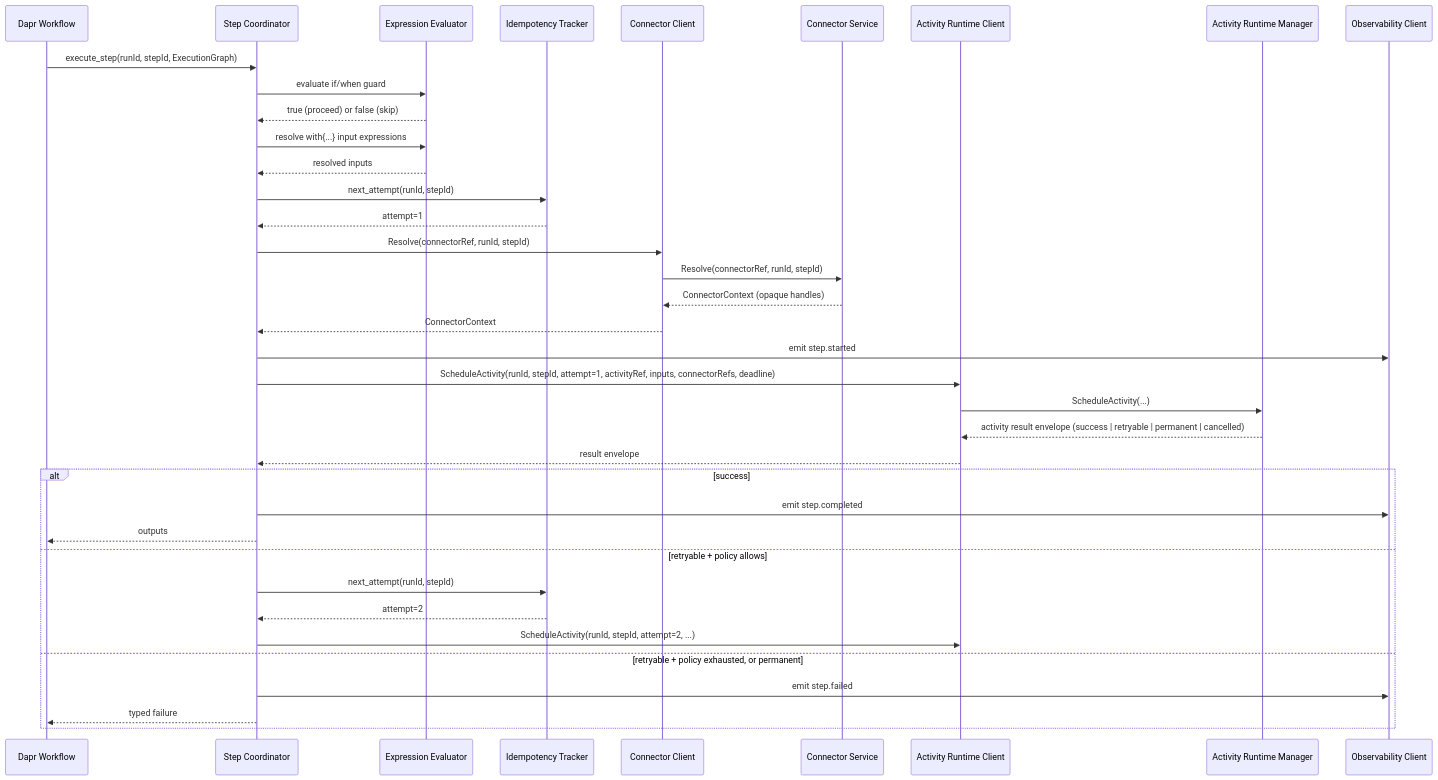
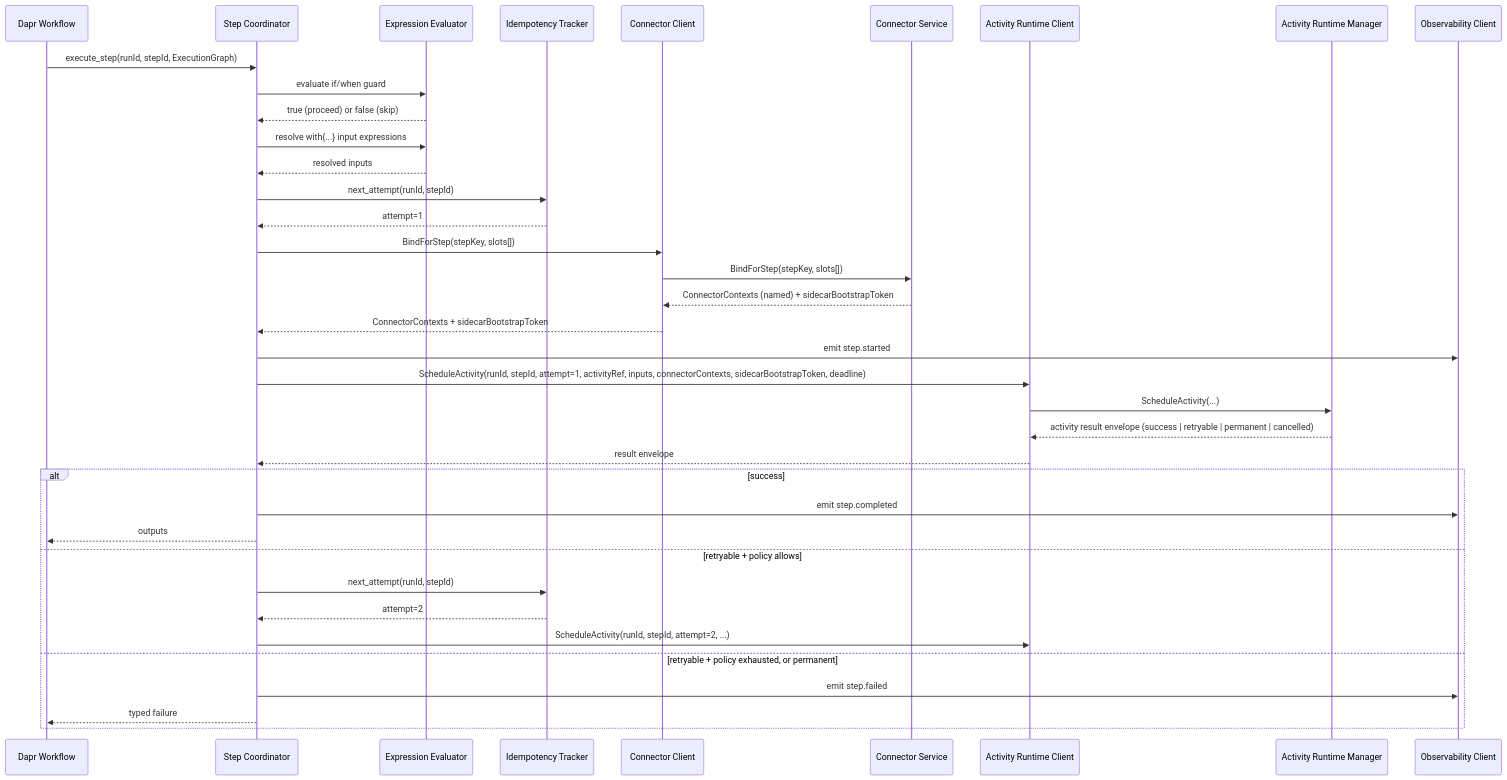
Before and after one commit to toddysm/custos: the third of 7 diagrams in design/components/workflow-service/design.md, drawn with Mermaid. The commit also changed other lines of this file and 7 other files, not shown here.

First line of the commit message:
design(bundle-g): WF preflights connector bind; Dapr activity-task return canonical (#98, #101)

````diff
--- a/design/components/workflow-service/design.md
+++ b/design/components/workflow-service/design.md
@@ -101,40 +101,40 @@
 ```mermaid
 sequenceDiagram
     participant Dapr as Dapr Workflow
     participant SC as Step Coordinator
     participant EE as Expression Evaluator
     participant IT as Idempotency Tracker
     participant CC as Connector Client
     participant Conn as Connector Service
     participant AC as Activity Runtime Client
     participant ARM as Activity Runtime Manager
     participant Obs as Observability Client
 
     Dapr->>SC: execute_step(runId, stepId, ExecutionGraph)
     SC->>EE: evaluate if/when guard
     EE-->>SC: true (proceed) or false (skip)
     SC->>EE: resolve with{...} input expressions
     EE-->>SC: resolved inputs
     SC->>IT: next_attempt(runId, stepId)
     IT-->>SC: attempt=1
-    SC->>CC: Resolve(connectorRef, runId, stepId)
-    CC->>Conn: Resolve(connectorRef, runId, stepId)
-    Conn-->>CC: ConnectorContext (opaque handles)
-    CC-->>SC: ConnectorContext
+    SC->>CC: BindForStep(stepKey, slots[])
+    CC->>Conn: BindForStep(stepKey, slots[])
+    Conn-->>CC: ConnectorContexts (named) + sidecarBootstrapToken
+    CC-->>SC: ConnectorContexts + sidecarBootstrapToken
     SC->>Obs: emit step.started
-    SC->>AC: ScheduleActivity(runId, stepId, attempt=1, activityRef, inputs, connectorRefs, deadline)
+    SC->>AC: ScheduleActivity(runId, stepId, attempt=1, activityRef, inputs, connectorContexts, sidecarBootstrapToken, deadline)
     AC->>ARM: ScheduleActivity(...)
     ARM-->>AC: activity result envelope (success | retryable | permanent | cancelled)
     AC-->>SC: result envelope
     alt success
         SC->>Obs: emit step.completed
         SC-->>Dapr: outputs
     else retryable + policy allows
         SC->>IT: next_attempt(runId, stepId)
         IT-->>SC: attempt=2
         SC->>AC: ScheduleActivity(runId, stepId, attempt=2, ...)
     else retryable + policy exhausted, or permanent
         SC->>Obs: emit step.failed
         SC-->>Dapr: typed failure
     end
 ```
````
